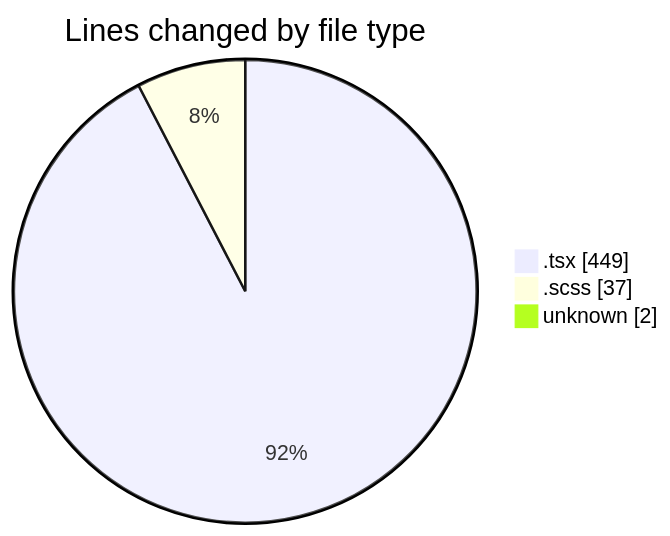
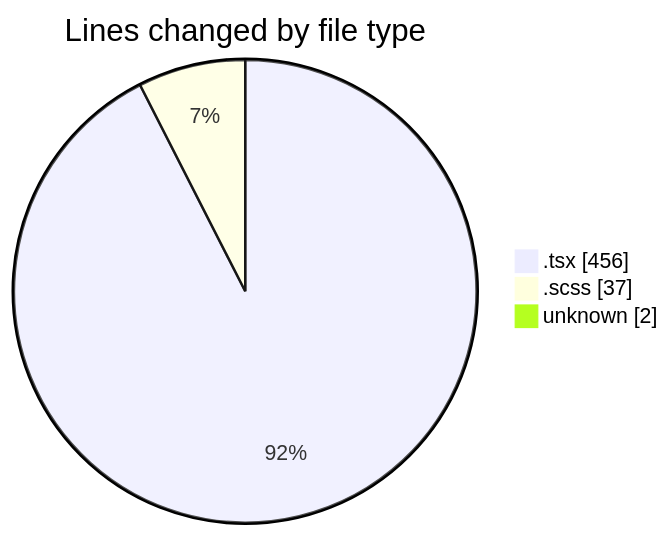
The first of 2 diagrams in 2025-02-13/cda/README.md (momahboobian/code-tracking), drawn with Mermaid before and after one commit. The commit also changed other lines of this file and 1 other file, not shown here.

````diff
--- a/2025-02-13/cda/README.md
+++ b/2025-02-13/cda/README.md
@@ -28,7 +28,7 @@
 ```mermaid
 pie showData
 title Lines changed by file type
-".tsx" : 449
+".tsx" : 456
 ".scss" : 37
 "unknown" : 2
 ```
````
